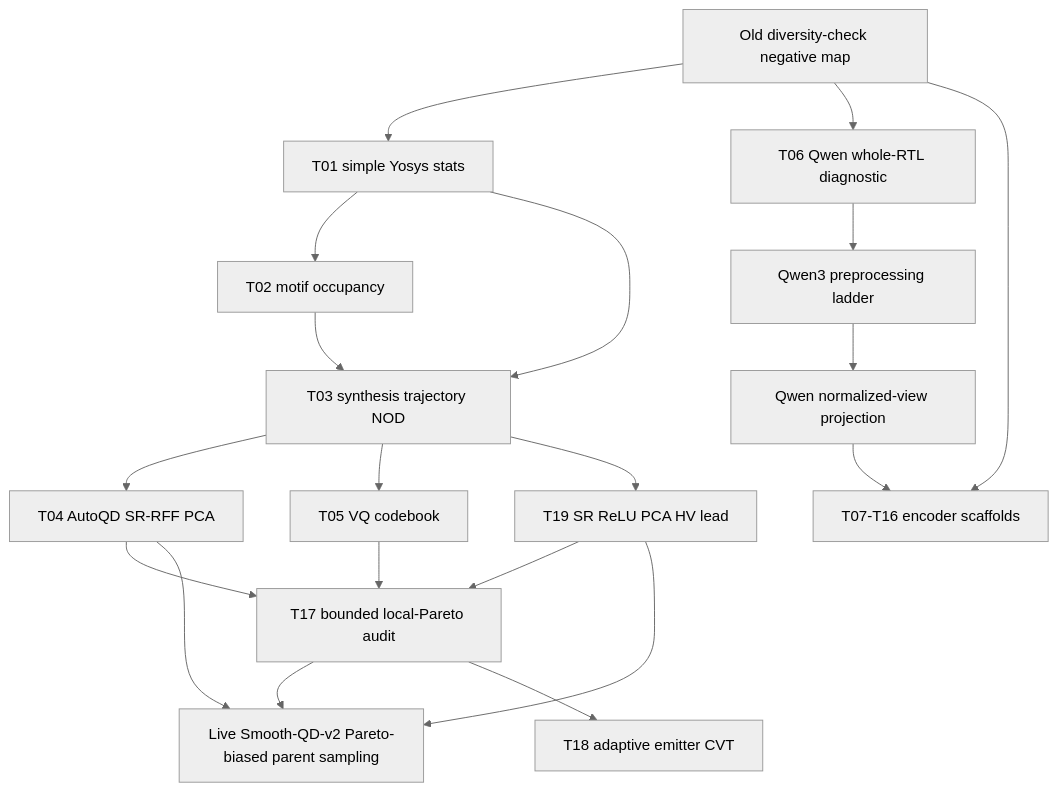
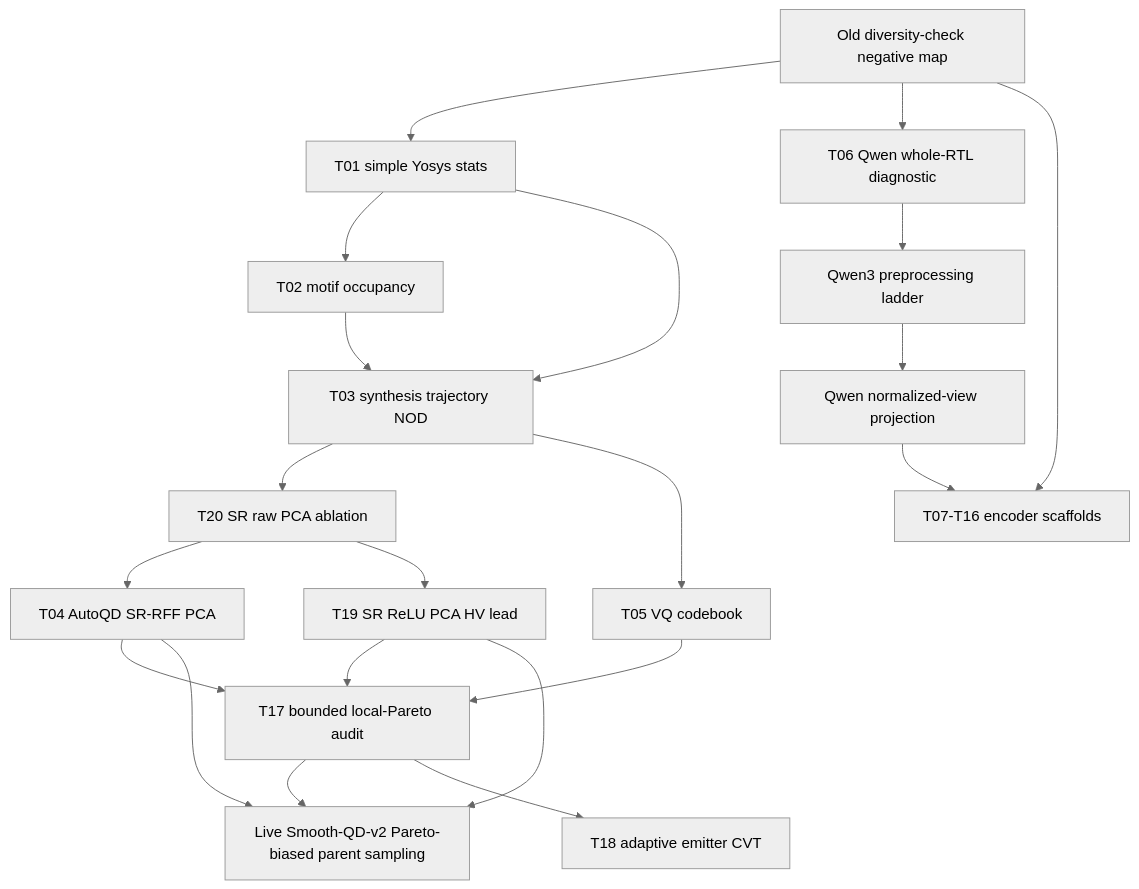
The diagram in docs/journal_features/revamp_history/20260622_010615_KST_useful_bd_push/technique_lanes.md (kmcho2019/REvolution), drawn with Mermaid (neutral theme) before and after one commit. The commit also changed other lines of this file and 28 other files, not shown here.

First line of the commit message:
docs(diversity): Package SR raw PCA

````diff
--- a/docs/journal_features/revamp_history/20260622_010615_KST_useful_bd_push/technique_lanes.md
+++ b/docs/journal_features/revamp_history/20260622_010615_KST_useful_bd_push/technique_lanes.md
@@ -22,24 +22,25 @@
 ```mermaid
 flowchart TD
   A[Old diversity-check negative map] --> B[T01 simple Yosys stats]
   B --> C[T02 motif occupancy]
   B --> D[T03 synthesis trajectory NOD]
   C --> D
-  D --> E[T04 AutoQD SR-RFF PCA]
+  D --> O[T20 SR raw PCA ablation]
+  O --> E[T04 AutoQD SR-RFF PCA]
   D --> F[T05 VQ codebook]
-  D --> N[T19 SR ReLU PCA HV lead]
+  O --> N[T19 SR ReLU PCA HV lead]
   E --> G[T17 bounded local-Pareto audit]
   N --> G
   F --> G
   G --> H[Live Smooth-QD-v2 Pareto-biased parent sampling]
   E --> H
   N --> H
 
   A --> I[T06 Qwen whole-RTL diagnostic]
   I --> J[Qwen3 preprocessing ladder]
   J --> K[Qwen normalized-view projection]
 
   A --> L[T07-T16 encoder scaffolds]
   K --> L
   G --> M[T18 adaptive emitter CVT]
 ```
````
